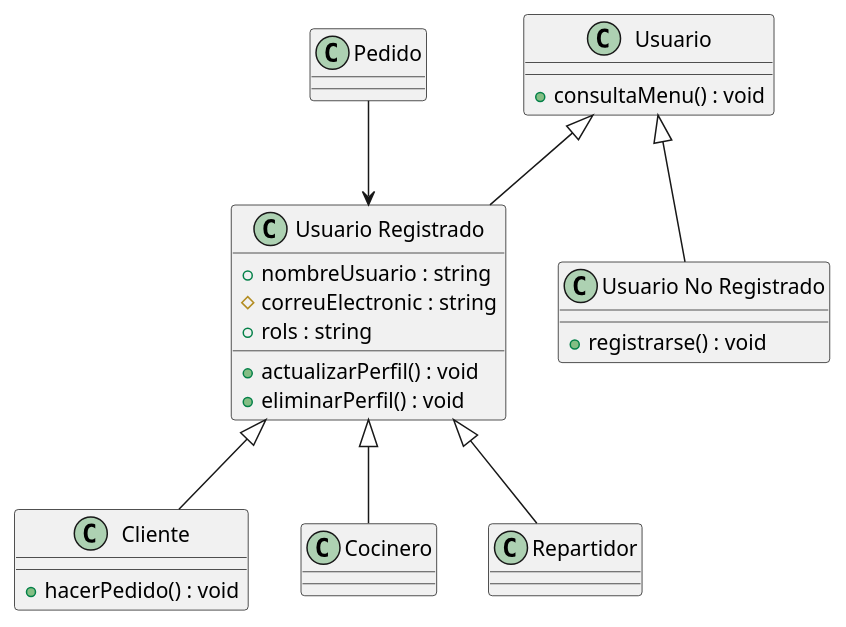
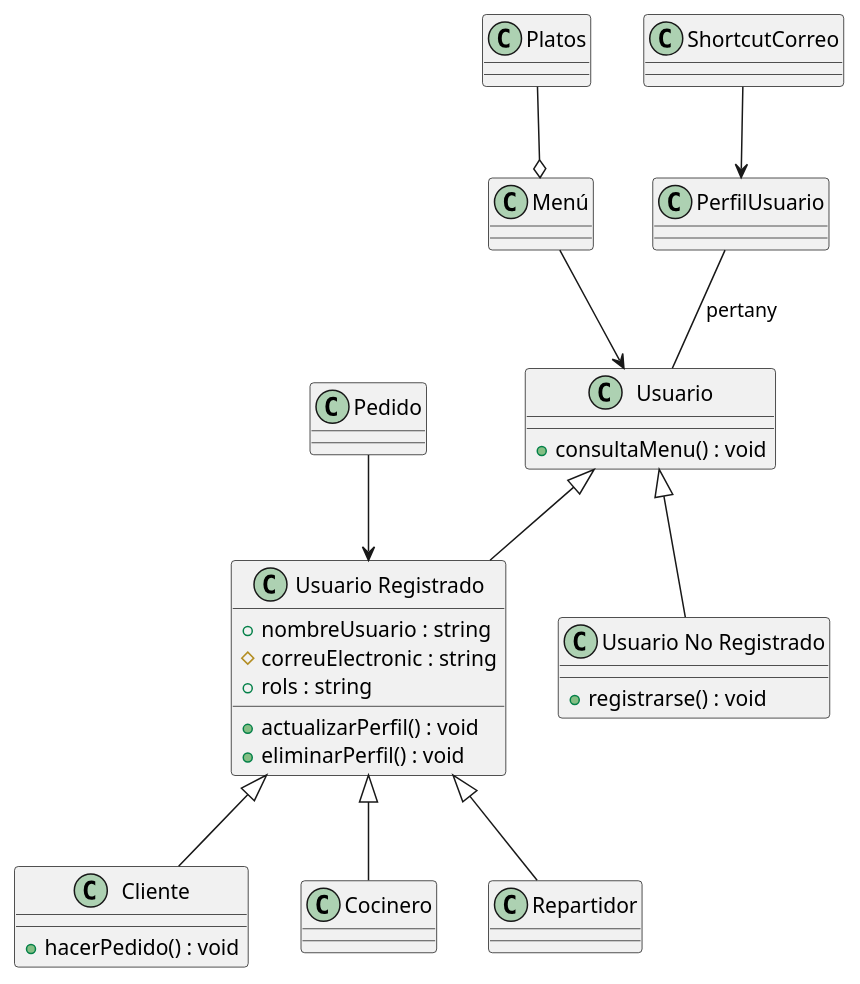
One commit to dabien3/ES25UAB-511-05 changed the diagram in documents/Diagrama Clases/CodeUML/bloq1.pUML. Above: the diagram before and after it, drawn with PlantUML.

```diff
--- a/documents/Diagrama Clases/CodeUML/bloq1.pUML
+++ b/documents/Diagrama Clases/CodeUML/bloq1.pUML
@@ -1,34 +1,43 @@
 @startuml
 class Usuario 
 {
    +consultaMenu() : void
 }
 class "Usuario Registrado" as UsuarioRegistrado
 {
    +nombreUsuario : string
    #correuElectronic : string
    +rols : string
    +actualizarPerfil() : void
    +eliminarPerfil() : void
    
 }
 class "Usuario No Registrado" as UsuarioNoRegistrado
 {
    +registrarse() : void
 }
 class Cliente
 {
    +hacerPedido() : void
 }
 class Cocinero
 class Repartidor
 class Pedido
+class Menú
+class ShortcutCorreo
+class PerfilUsuario
+class Platos
 
 Usuario <|-- UsuarioRegistrado
 Usuario <|-- UsuarioNoRegistrado
 UsuarioRegistrado <|-- Cliente
 UsuarioRegistrado <|-- Cocinero
 UsuarioRegistrado <|-- Repartidor
 Pedido --> UsuarioRegistrado
+Menú --> Usuario
+PerfilUsuario -- Usuario : pertany
+Platos --o Menú
+ShortcutCorreo --> PerfilUsuario
+
 
 @enduml
```
